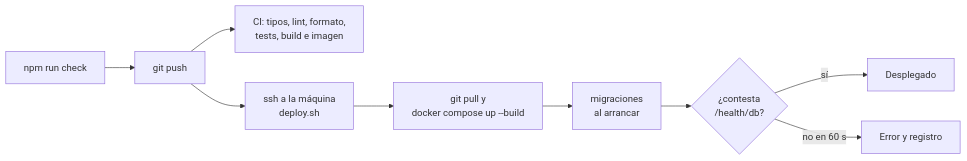
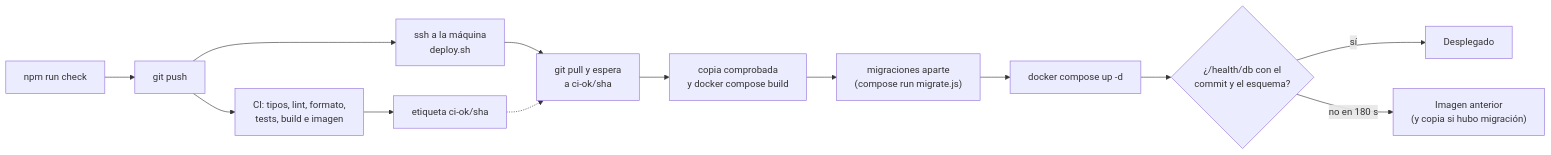
One commit to ALRO-GM/sanatorio-42 changed the fourth of 4 diagrams in README.md. Above: the diagram before and after it, drawn with Mermaid. The commit also changed other lines of this file and 27 other files, not shown here.

First line of the commit message:
Operación: un 500 deja rastro, despliegue con migración aparte y vuelta atrás, CI por etiqueta y /health/db con el commit

````diff
--- a/README.md
+++ b/README.md
@@ -709,11 +713,15 @@
 ```mermaid
 flowchart LR
   A["npm run check"] --> B["git push"]
   B --> C["CI: tipos, lint, formato,<br/>tests, build e imagen"]
+  C --> T["etiqueta ci-ok/sha"]
   B --> D["ssh a la máquina<br/>deploy.sh"]
-  D --> E["git pull y<br/>docker compose up --build"]
-  E --> F["migraciones<br/>al arrancar"]
-  F --> G{"¿contesta<br/>/health/db?"}
+  D --> E["git pull y espera<br/>a ci-ok/sha"]
+  T -.-> E
+  E --> K["copia comprobada<br/>y docker compose build"]
+  K --> F["migraciones aparte<br/>(compose run migrate.js)"]
+  F --> U["docker compose up -d"]
+  U --> G{"¿/health/db con el<br/>commit y el esquema?"}
   G -->|sí| H["Desplegado"]
-  G -->|no en 60 s| I["Error y registro"]
+  G -->|no en 180 s| I["Imagen anterior<br/>(y copia si hubo migración)"]
 ```
````
